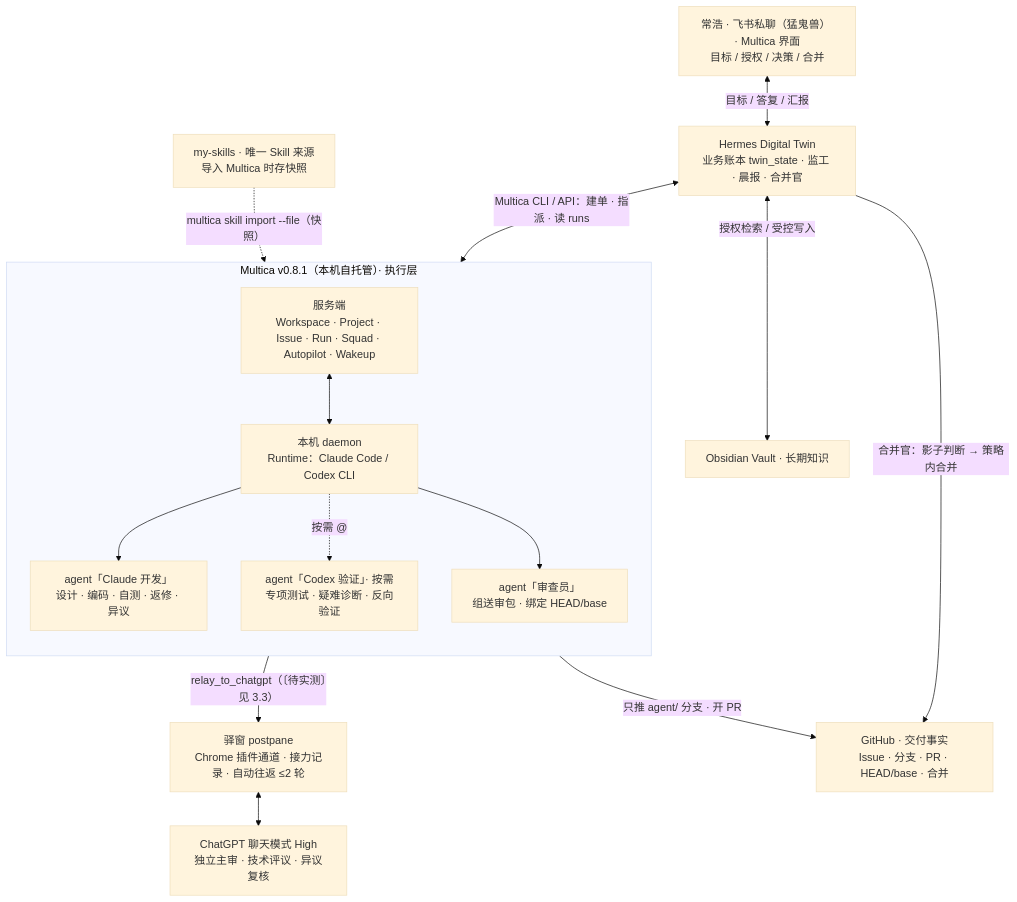
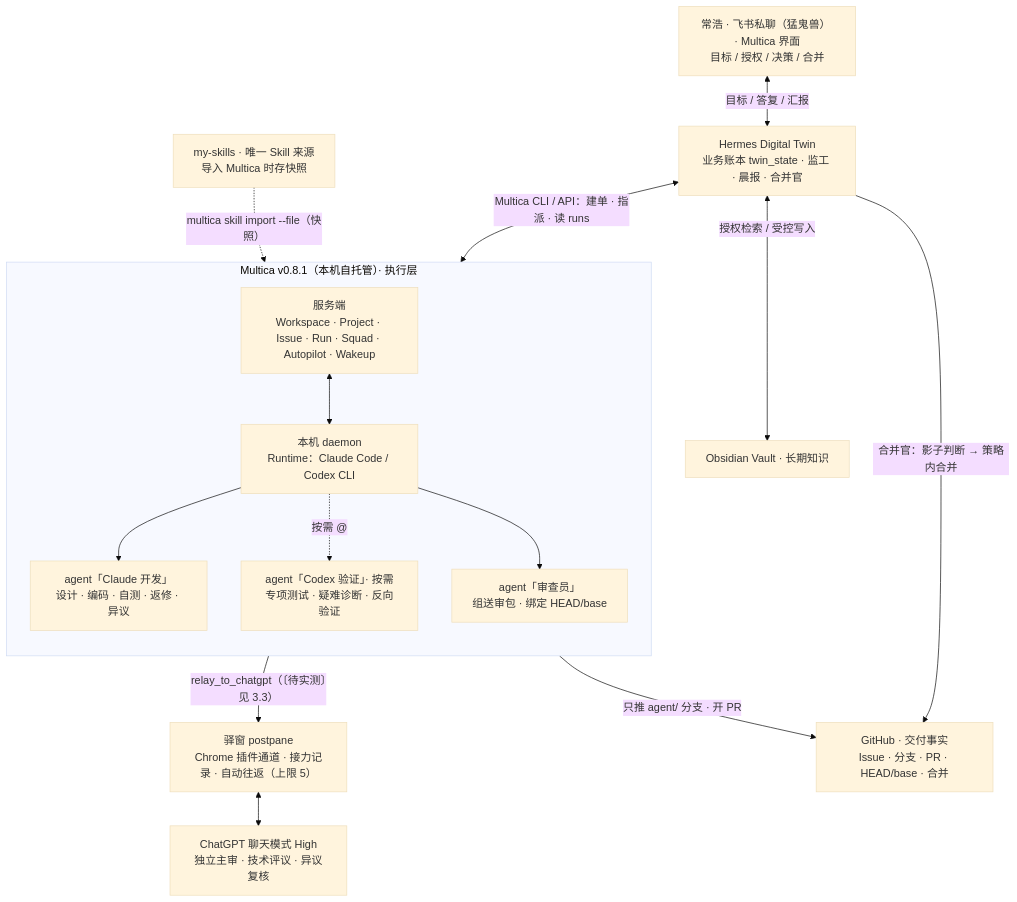
One commit to Natsukashii1997/digital-twin changed the first of 4 diagrams in docs/DT-ORC/ARCHITECTURE.md. Above: the diagram before and after it, drawn with Mermaid (base theme). The commit also changed other lines of this file, not shown here.

First line of the commit message:
DT-ORC ARCHITECTURE 对齐 MA-02 v0.3：审核门、授权周期上限 5（#184）

````diff
--- a/docs/DT-ORC/ARCHITECTURE.md
+++ b/docs/DT-ORC/ARCHITECTURE.md
@@ -78,33 +78,33 @@
 ```mermaid
 flowchart TB
     U["常浩 · 飞书私聊（猛鬼兽） · Multica 界面<br/>目标 / 授权 / 决策 / 合并"]
     H["Hermes Digital Twin<br/>业务账本 twin_state · 监工 · 晨报 · 合并官"]
     U <-->|"目标 / 答复 / 汇报"| H
 
     subgraph M["Multica v0.8.1（本机自托管）· 执行层"]
         direction TB
         S["服务端<br/>Workspace · Project · Issue · Run · Squad · Autopilot · Wakeup"]
         D["本机 daemon<br/>Runtime：Claude Code / Codex CLI"]
         C["agent「Claude 开发」<br/>设计 · 编码 · 自测 · 返修 · 异议"]
         X["agent「Codex 验证」· 按需<br/>专项测试 · 疑难诊断 · 反向验证"]
         R["agent「审查员」<br/>组送审包 · 绑定 HEAD/base"]
         S <--> D
         D --> C
         D -.->|"按需 @"| X
         D --> R
     end
 
-    P["驿窗 postpane<br/>Chrome 插件通道 · 接力记录 · 自动往返 ≤2 轮"]
+    P["驿窗 postpane<br/>Chrome 插件通道 · 接力记录 · 自动往返（上限 5）"]
     G["ChatGPT 聊天模式 High<br/>独立主审 · 技术评议 · 异议复核"]
     R -->|"relay_to_chatgpt（〔待实测〕见 3.3）"| P
     P <--> G
 
     H <-->|"Multica CLI / API：建单 · 指派 · 读 runs"| S
     GH["GitHub · 交付事实<br/>Issue · 分支 · PR · HEAD/base · 合并"]
     OB["Obsidian Vault · 长期知识"]
     SK["my-skills · 唯一 Skill 来源<br/>导入 Multica 时存快照"]
     C -->|"只推 agent/ 分支 · 开 PR"| GH
     H -->|"合并官：影子判断 → 策略内合并"| GH
     H <-->|"授权检索 / 受控写入"| OB
     SK -.->|"multica skill import --file（快照）"| S
 ```
````
